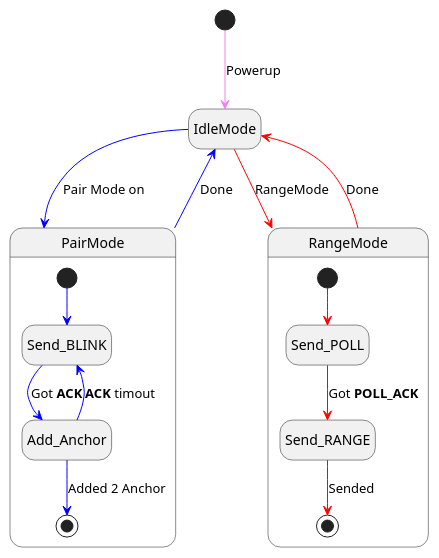
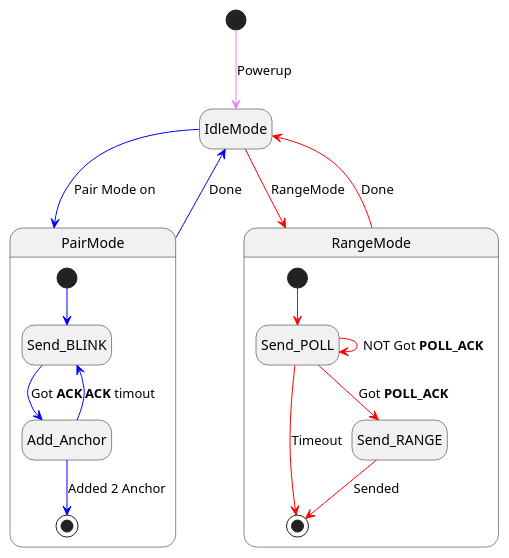
The third of 4 diagrams in doc/UD_ranging.md (eastWillow/arduino-dw1000), drawn with PlantUML before and after one commit. The commit also changed other lines of this file and 4 other files, not shown here.

````diff
--- a/doc/UD_ranging.md
+++ b/doc/UD_ranging.md
@@ -41,21 +39,23 @@
 ```plantuml
 @startuml
 hide empty description
 [*] --[#violet]> IdleMode : Powerup
 IdleMode --[#blue]>  PairMode : Pair Mode on
 state PairMode{
     [*] --[#blue]> Send_BLINK
     Send_BLINK --[#blue]> Add_Anchor : Got **ACK**
     Add_Anchor --[#blue]> Send_BLINK : **ACK** timout
     Add_Anchor --[#blue]> [*]  : Added 2 Anchor
 }
 PairMode --[#blue]> IdleMode : Done
 IdleMode --[#red]>  RangeMode : RangeMode
 state RangeMode{
     [*] --[#red]> Send_POLL
+    Send_POLL --[#red]> Send_POLL : NOT Got **POLL_ACK**
+    Send_POLL --[#red]> [*] : Timeout
     Send_POLL --[#red]> Send_RANGE : Got **POLL_ACK**
     Send_RANGE --[#red]> [*]  : Sended
 }
 RangeMode --[#red]> IdleMode : Done
 @enduml
 ```
````
